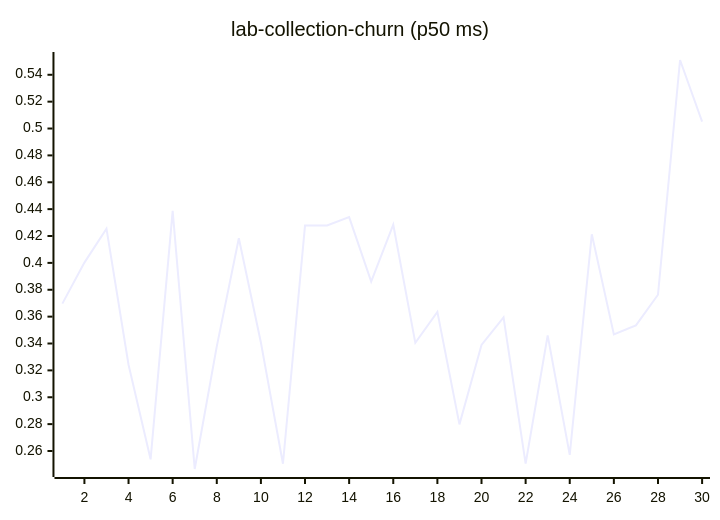
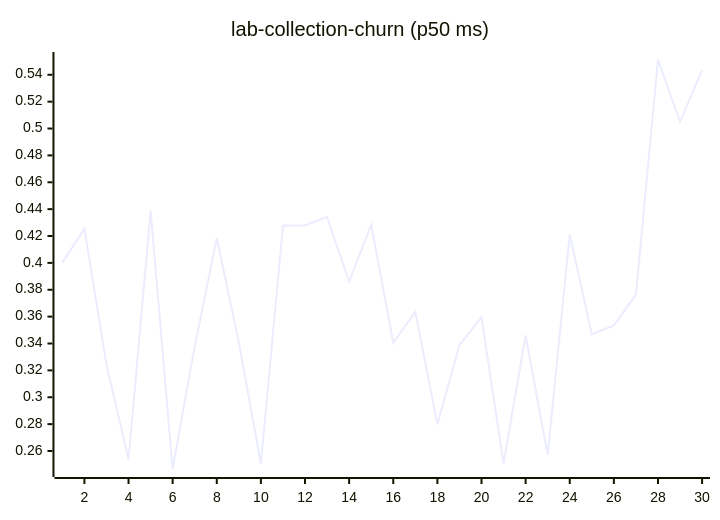
Before and after one commit to josha/Facet: diagram 11 of 27 in README.md, drawn with Mermaid. The commit also changed other lines of this file and 2 other files, not shown here.

````diff
--- a/README.md
+++ b/README.md
@@ -133,6 +133,6 @@
 ```mermaid
 xychart-beta
     title "lab-collection-churn (p50 ms)"
     x-axis 1 --> 30
-    line [0.3697, 0.4002, 0.4255, 0.3242, 0.2538, 0.4387, 0.2466, 0.3379, 0.4183, 0.3407, 0.2505, 0.4278, 0.4279, 0.4341, 0.3861, 0.4284, 0.3405, 0.3635, 0.2798, 0.3389, 0.3594, 0.2506, 0.3460, 0.2571, 0.4213, 0.3468, 0.3535, 0.3763, 0.5510, 0.5051]
+    line [0.4002, 0.4255, 0.3242, 0.2538, 0.4387, 0.2466, 0.3379, 0.4183, 0.3407, 0.2505, 0.4278, 0.4279, 0.4341, 0.3861, 0.4284, 0.3405, 0.3635, 0.2798, 0.3389, 0.3594, 0.2506, 0.3460, 0.2571, 0.4213, 0.3468, 0.3535, 0.3763, 0.5510, 0.5051, 0.5435]
 ```
````
